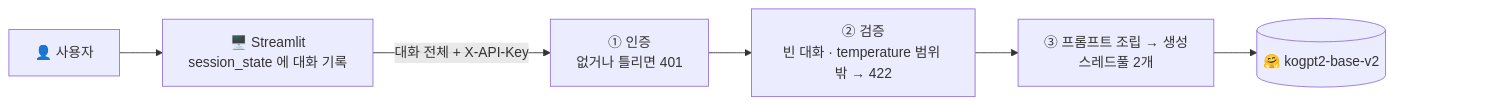
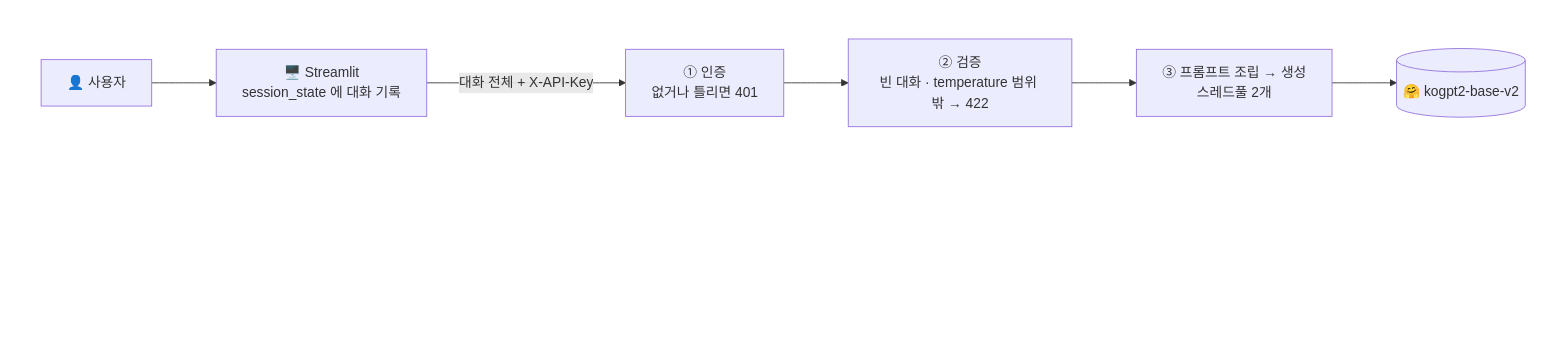
Before and after one commit to stella1298/AIFFEL_Quest_EPA: the diagram in Serving/Serving05/README.md, drawn with Mermaid. The commit also changed 7 other files, not shown here.

Commit message:
Serving02~05: 머메이드 그림 아래에 빈 자리를 두어 확대·이동 버튼에 가리지 않게 수정

````diff
--- a/Serving/Serving05/README.md
+++ b/Serving/Serving05/README.md
@@ -19,11 +19,15 @@
 ```mermaid
-flowchart LR
-    U["👤 사용자"] --> S["🖥️ Streamlit<br/>session_state 에 대화 기록"]
-    S -->|"대화 전체 + X-API-Key"| A["① 인증<br/>없거나 틀리면 401"]
-    A --> V["② 검증<br/>빈 대화 · temperature 범위 밖 → 422"]
-    V --> G["③ 프롬프트 조립 → 생성<br/>스레드풀 2개"]
-    G --> M[("🤗 kogpt2-base-v2")]
-    %% 오른쪽 아래 확대·이동 버튼이 그림을 가리지 않게 비워 두는 자리
-    M ~~~ pad["　　　　　　　　　"]
+flowchart TB
+    %% 가로 흐름을 투명한 상자에 담고, 아래에 빈 줄을 두어 GitHub 의 확대·이동 버튼이 그림을 가리지 않게 합니다
+    subgraph flow[" "]
+        direction LR
+        U["👤 사용자"] --> S["🖥️ Streamlit<br/>session_state 에 대화 기록"]
+        S -->|"대화 전체 + X-API-Key"| A["① 인증<br/>없거나 틀리면 401"]
+        A --> V["② 검증<br/>빈 대화 · temperature 범위 밖 → 422"]
+        V --> G["③ 프롬프트 조립 → 생성<br/>스레드풀 2개"]
+        G --> M[("🤗 kogpt2-base-v2")]
+    end
+    flow ~~~ pad["<br/><br/><br/><br/><br/>"]
+    style flow fill:none,stroke:none
     style pad fill:none,stroke:none
 ```
````
